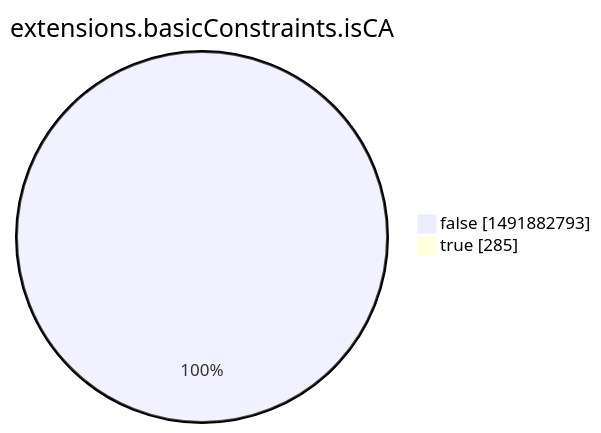
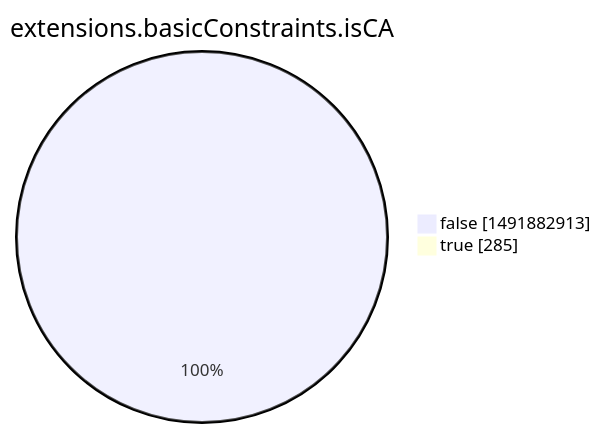
Before and after one commit to christiankrug/ctmonitor_visualization: the eighth of 15 diagrams in xenon2022/README.md, drawn with Mermaid. The commit also changed other lines of this file, not shown here.

````diff
--- a/xenon2022/README.md
+++ b/xenon2022/README.md
@@ -2851,6 +2851,6 @@
 ```mermaid
 pie showData
 title extensions.basicConstraints.isCA
-"false" :1491882793
+"false" :1491882913
 "true" :285
 ```
````
